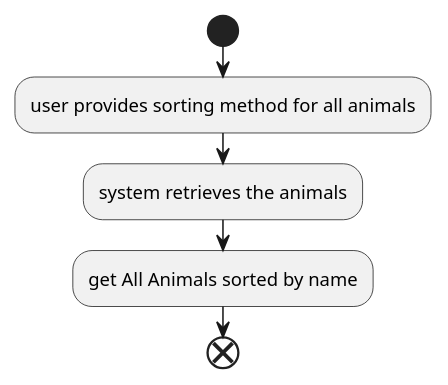
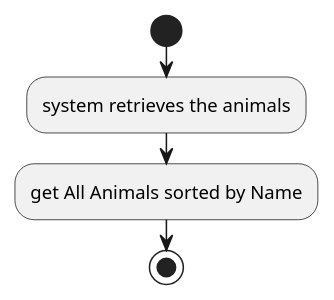
One commit to JananJavdan/AnimalShelterTestingJanan changed the diagram in src/main/java/AnalyseAnimalShelter/flowchart_getAllAnimalsSortedByName.puml. Above: the diagram before and after it, drawn with PlantUML. The commit also changed 23 other files, not shown here.

```diff
--- a/src/main/java/AnalyseAnimalShelter/flowchart_getAllAnimalsSortedByName.puml
+++ b/src/main/java/AnalyseAnimalShelter/flowchart_getAllAnimalsSortedByName.puml
@@ -1,13 +1,14 @@
 @startuml
 
 start
 
-:user provides sorting method for all animals;
 :system retrieves the animals;
 
-:get All Animals sorted by name;
-end;
+:get All Animals sorted by Name;
+
+stop;
+
 
 
 
 @enduml
```
